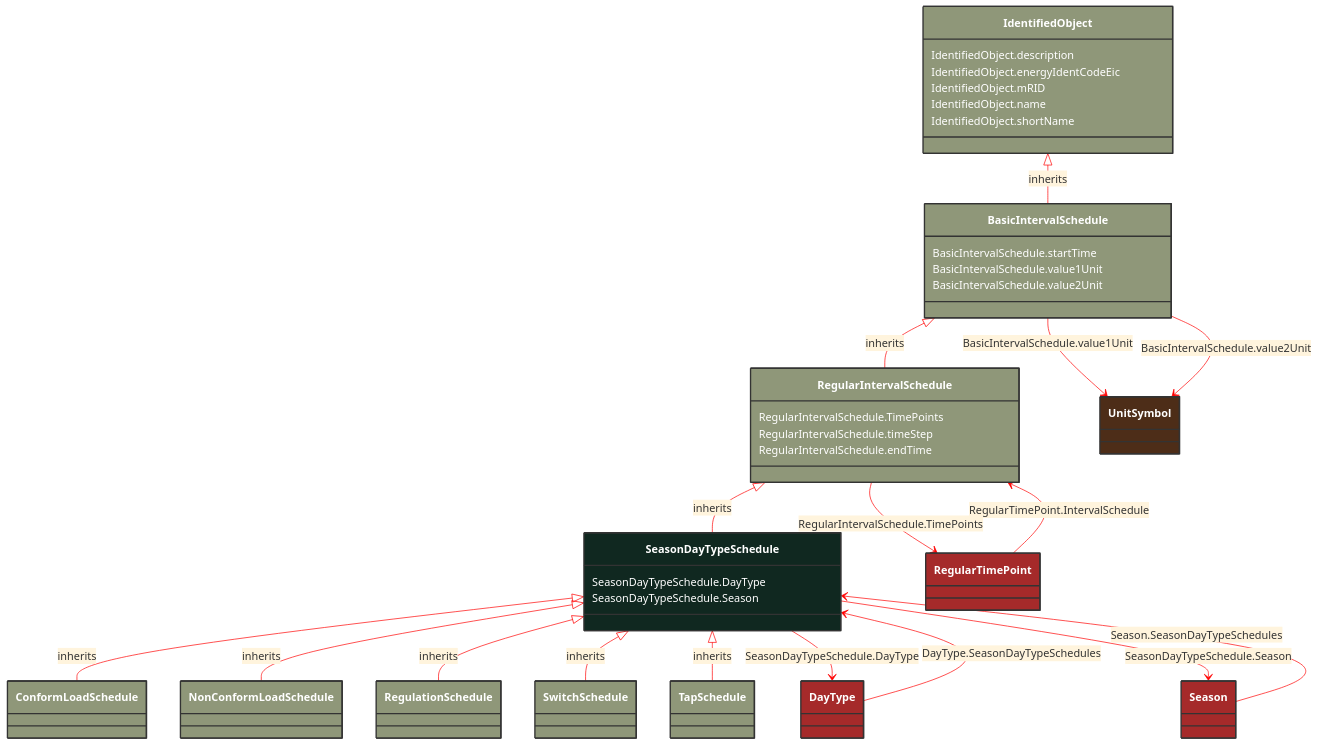
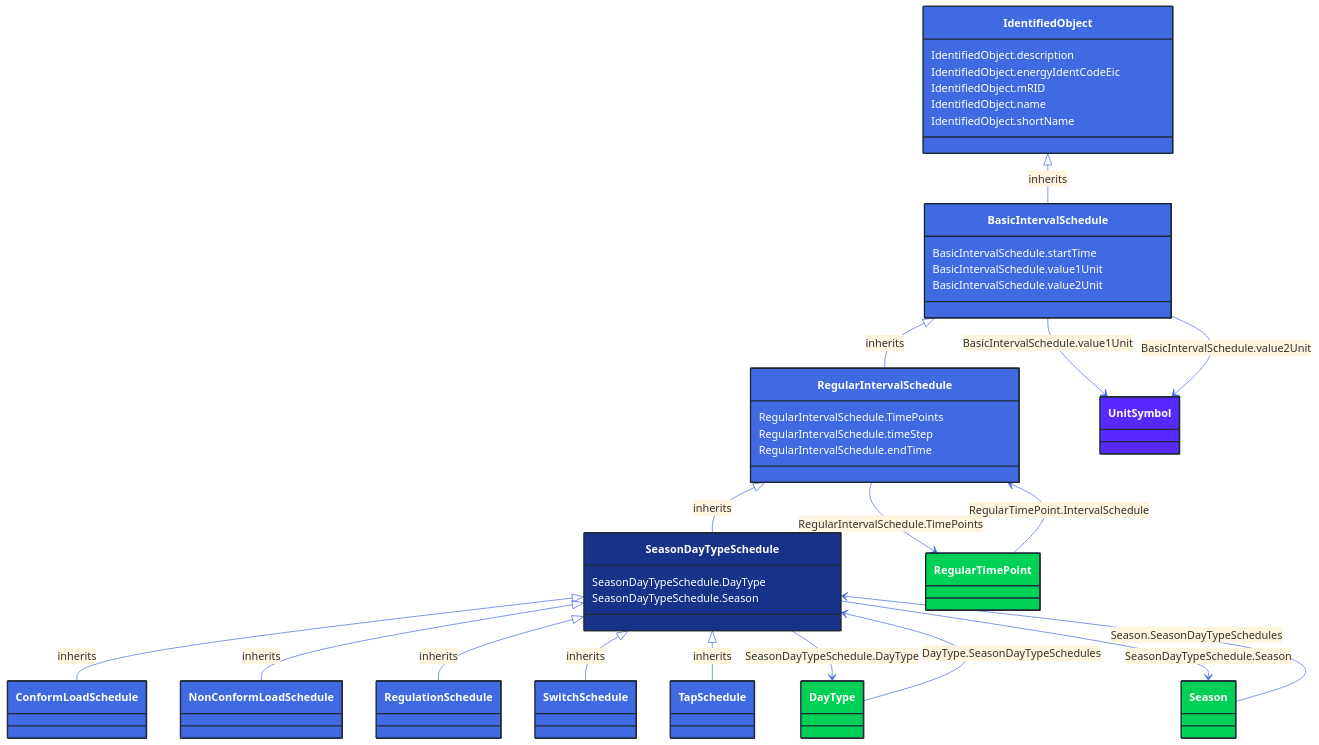
The diagram in docs/Models/Profiles/CoreEquipment/AbstractClasses/SeasonDayTypeSchedule.md (3lbits/NoCIMExtensions), drawn with Mermaid before and after one commit. The commit also changed 362 other files, not shown here.

First line of the commit message:
Update diagrams and styles for improved visual consistency

````diff
--- a/docs/Models/Profiles/CoreEquipment/AbstractClasses/SeasonDayTypeSchedule.md
+++ b/docs/Models/Profiles/CoreEquipment/AbstractClasses/SeasonDayTypeSchedule.md
@@ -10,96 +10,96 @@
 ```mermaid
-%%{init: {'theme':'base','themeVariables': {'lineColor': '#FF0000'}}}%%
+%%{init: {'theme':'base','themeVariables': {'lineColor': '#4169E1'}}}%%
 classDiagram
     class SeasonDayTypeSchedule
     click SeasonDayTypeSchedule href "/Models/Profiles/CoreEquipment/AbstractClasses/SeasonDayTypeSchedule/"
-    style SeasonDayTypeSchedule fill:#102820,stroke:#333,stroke-width:2px,rx:10,ry:10,color:white
+    style SeasonDayTypeSchedule fill:#163289,stroke:#1F2A37,stroke-width:2px,rx:10,ry:10,color:white
 
         SeasonDayTypeSchedule <|-- ConformLoadSchedule : inherits
 
         ConformLoadSchedule
             click ConformLoadSchedule href "/Models/Profiles/CoreEquipment/ConcreteClasses/ConformLoadSchedule/"
-            style ConformLoadSchedule fill:#8F9779,stroke:#333,stroke-width:2px,rx:10,ry:10,color:white
+            style ConformLoadSchedule fill:#4169E1,stroke:#1F2A37,stroke-width:2px,rx:10,ry:10,color:white
 
         SeasonDayTypeSchedule <|-- NonConformLoadSchedule : inherits
 
         NonConformLoadSchedule
             click NonConformLoadSchedule href "/Models/Profiles/CoreEquipment/ConcreteClasses/NonConformLoadSchedule/"
-            style NonConformLoadSchedule fill:#8F9779,stroke:#333,stroke-width:2px,rx:10,ry:10,color:white
+            style NonConformLoadSchedule fill:#4169E1,stroke:#1F2A37,stroke-width:2px,rx:10,ry:10,color:white
 
         SeasonDayTypeSchedule <|-- RegulationSchedule : inherits
 
         RegulationSchedule
             click RegulationSchedule href "/Models/Profiles/CoreEquipment/ConcreteClasses/RegulationSchedule/"
-            style RegulationSchedule fill:#8F9779,stroke:#333,stroke-width:2px,rx:10,ry:10,color:white
+            style RegulationSchedule fill:#4169E1,stroke:#1F2A37,stroke-width:2px,rx:10,ry:10,color:white
 
         SeasonDayTypeSchedule <|-- SwitchSchedule : inherits
 
         SwitchSchedule
             click SwitchSchedule href "/Models/Profiles/CoreEquipment/ConcreteClasses/SwitchSchedule/"
-            style SwitchSchedule fill:#8F9779,stroke:#333,stroke-width:2px,rx:10,ry:10,color:white
+            style SwitchSchedule fill:#4169E1,stroke:#1F2A37,stroke-width:2px,rx:10,ry:10,color:white
 
         SeasonDayTypeSchedule <|-- TapSchedule : inherits
 
         TapSchedule
             click TapSchedule href "/Models/Profiles/CoreEquipment/AbstractClasses/TapSchedule/"
-            style TapSchedule fill:#8F9779,stroke:#333,stroke-width:2px,rx:10,ry:10,color:white
+            style TapSchedule fill:#4169E1,stroke:#1F2A37,stroke-width:2px,rx:10,ry:10,color:white
      
         RegularIntervalSchedule <|-- SeasonDayTypeSchedule : inherits
             click RegularIntervalSchedule href "/Models/Profiles/CoreEquipment/AbstractClasses/RegularIntervalSchedule/"
-            style RegularIntervalSchedule fill:#8F9779,stroke:#333,stroke-width:2px,rx:10,ry:10,color:white
+            style RegularIntervalSchedule fill:#4169E1,stroke:#1F2A37,stroke-width:2px,rx:10,ry:10,color:white
      
         BasicIntervalSchedule <|-- RegularIntervalSchedule : inherits
             click BasicIntervalSchedule href "/Models/Profiles/CoreEquipment/AbstractClasses/BasicIntervalSchedule/"
-            style BasicIntervalSchedule fill:#8F9779,stroke:#333,stroke-width:2px,rx:10,ry:10,color:white
+            style BasicIntervalSchedule fill:#4169E1,stroke:#1F2A37,stroke-width:2px,rx:10,ry:10,color:white
      
         IdentifiedObject <|-- BasicIntervalSchedule : inherits
             click IdentifiedObject href "/Models/Profiles/CoreEquipment/AbstractClasses/IdentifiedObject/"
-            style IdentifiedObject fill:#8F9779,stroke:#333,stroke-width:2px,rx:10,ry:10,color:white
+            style IdentifiedObject fill:#4169E1,stroke:#1F2A37,stroke-width:2px,rx:10,ry:10,color:white
 
         SeasonDayTypeSchedule --> DayType : SeasonDayTypeSchedule.DayType
 
         DayType
             click DayType href "/Models/Profiles/CoreEquipment/ConcreteClasses/DayType/"
-            style DayType fill:#A52A2A,stroke:#333,stroke-width:2px,rx:10,ry:10,color:white
+            style DayType fill:#00D156,stroke:#1F2A37,stroke-width:2px,rx:10,ry:10,color:white
         SeasonDayTypeSchedule --> Season : SeasonDayTypeSchedule.Season
 
         Season
             click Season href "/Models/Profiles/CoreEquipment/ConcreteClasses/Season/"
-            style Season fill:#A52A2A,stroke:#333,stroke-width:2px,rx:10,ry:10,color:white
+            style Season fill:#00D156,stroke:#1F2A37,stroke-width:2px,rx:10,ry:10,color:white
         RegularIntervalSchedule --> RegularTimePoint : RegularIntervalSchedule.TimePoints
 
         RegularTimePoint
             click RegularTimePoint href "/Models/Profiles/CoreEquipment/ConcreteClasses/RegularTimePoint/"
-            style RegularTimePoint fill:#A52A2A,stroke:#333,stroke-width:2px,rx:10,ry:10,color:white
+            style RegularTimePoint fill:#00D156,stroke:#1F2A37,stroke-width:2px,rx:10,ry:10,color:white
 
         DayType --> SeasonDayTypeSchedule : DayType.SeasonDayTypeSchedules
 
         DayType
             click DayType href "/Models/Profiles/CoreEquipment/ConcreteClasses/DayType/"
-            style DayType fill:#A52A2A,stroke:#333,stroke-width:2px,rx:10,ry:10,color:white
+            style DayType fill:#00D156,stroke:#1F2A37,stroke-width:2px,rx:10,ry:10,color:white
 
         RegularTimePoint --> RegularIntervalSchedule : RegularTimePoint.IntervalSchedule
 
         RegularTimePoint
             click RegularTimePoint href "/Models/Profiles/CoreEquipment/ConcreteClasses/RegularTimePoint/"
-            style RegularTimePoint fill:#A52A2A,stroke:#333,stroke-width:2px,rx:10,ry:10,color:white
+            style RegularTimePoint fill:#00D156,stroke:#1F2A37,stroke-width:2px,rx:10,ry:10,color:white
 
         Season --> SeasonDayTypeSchedule : Season.SeasonDayTypeSchedules
 
         Season
             click Season href "/Models/Profiles/CoreEquipment/ConcreteClasses/Season/"
-            style Season fill:#A52A2A,stroke:#333,stroke-width:2px,rx:10,ry:10,color:white
+            style Season fill:#00D156,stroke:#1F2A37,stroke-width:2px,rx:10,ry:10,color:white
 
         BasicIntervalSchedule --> UnitSymbol : BasicIntervalSchedule.value1Unit
 
         UnitSymbol
             click UnitSymbol href "/Models/Profiles/CoreEquipment/Enumerations/UnitSymbol/"
-            style UnitSymbol fill:#4D2D18,stroke:#333,stroke-width:2px,rx:10,ry:10,color:white
+            style UnitSymbol fill:#5729FF,stroke:#1F2A37,stroke-width:2px,rx:10,ry:10,color:white
         BasicIntervalSchedule --> UnitSymbol : BasicIntervalSchedule.value2Unit
 
         UnitSymbol
             click UnitSymbol href "/Models/Profiles/CoreEquipment/Enumerations/UnitSymbol/"
-            style UnitSymbol fill:#4D2D18,stroke:#333,stroke-width:2px,rx:10,ry:10,color:white
+            style UnitSymbol fill:#5729FF,stroke:#1F2A37,stroke-width:2px,rx:10,ry:10,color:white
 
         SeasonDayTypeSchedule : SeasonDayTypeSchedule.DayType
         SeasonDayTypeSchedule : SeasonDayTypeSchedule.Season
````
